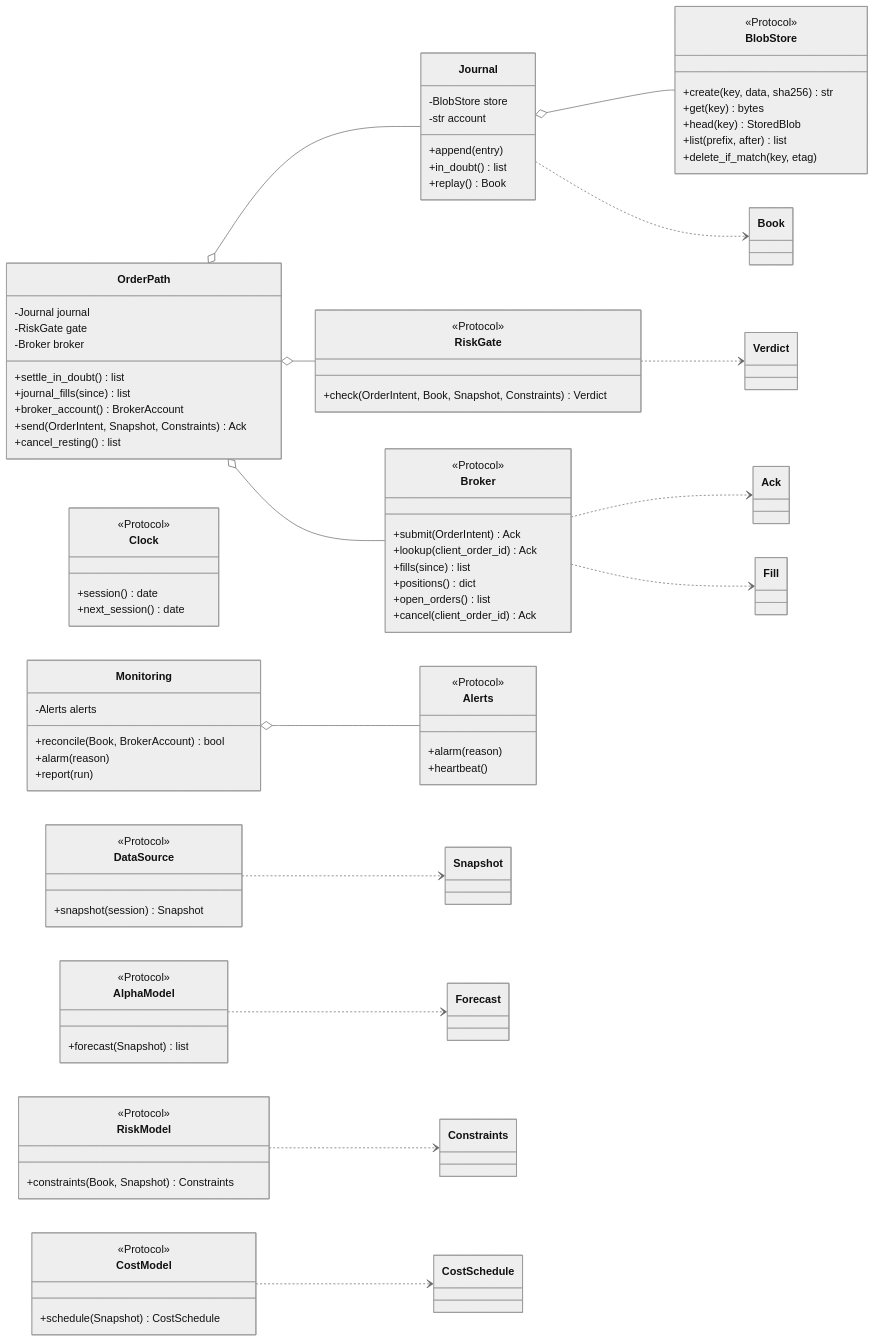
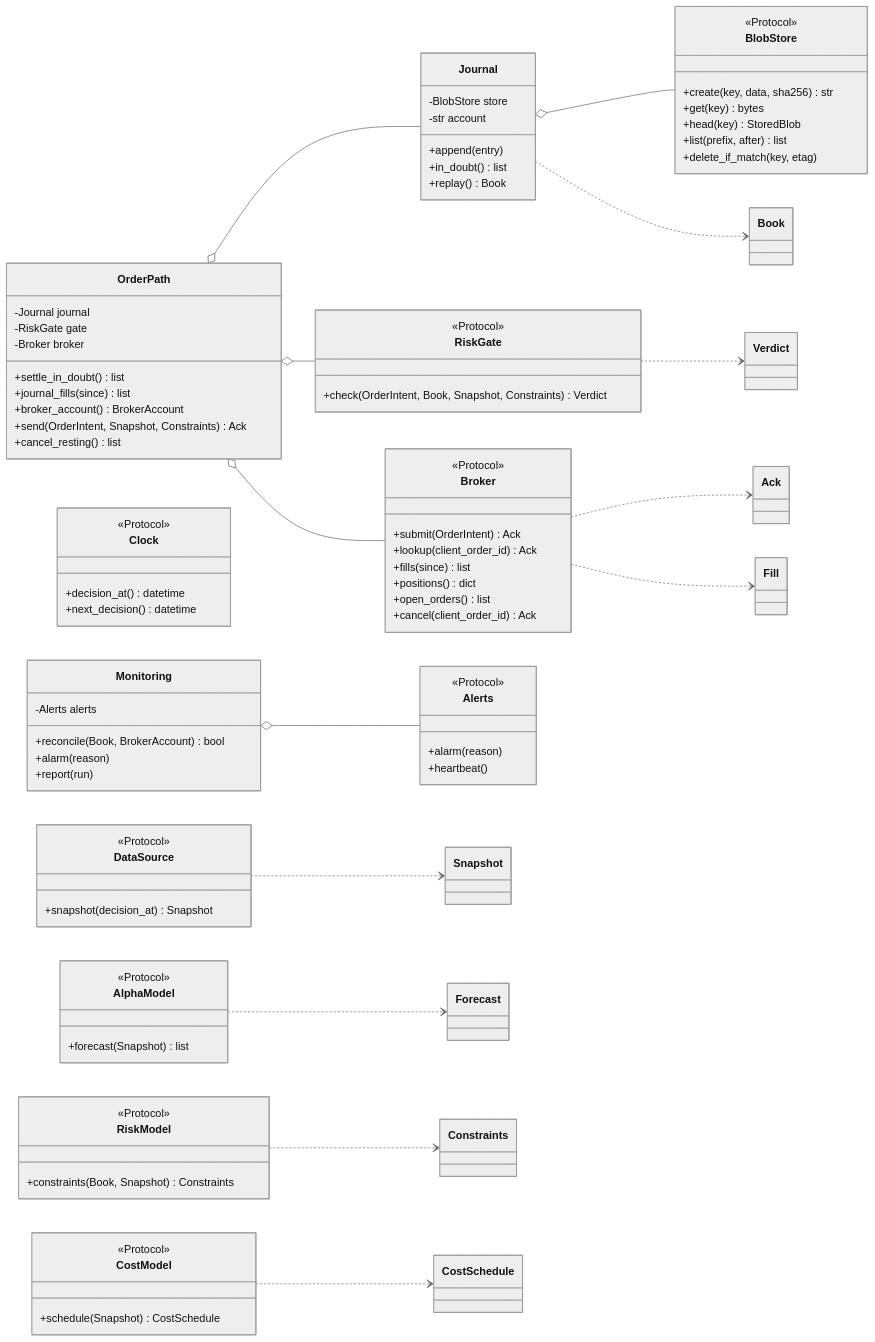
Before and after one commit to l3a0/ithildin-runtime: diagram 11 of 16 in docs/architecture.md, drawn with Mermaid (neutral theme). The commit also changed other lines of this file and 2 other files, not shown here.

```diff
--- a/docs/architecture.md
+++ b/docs/architecture.md
@@ -1037,12 +1053,12 @@
 
     class DataSource {
         <<Protocol>>
-        +snapshot(session) Snapshot
+        +snapshot(decision_at) Snapshot
     }
     class Clock {
         <<Protocol>>
-        +session() date
-        +next_session() date
+        +decision_at() datetime
+        +next_decision() datetime
     }
     class Broker {
         <<Protocol>>
```
